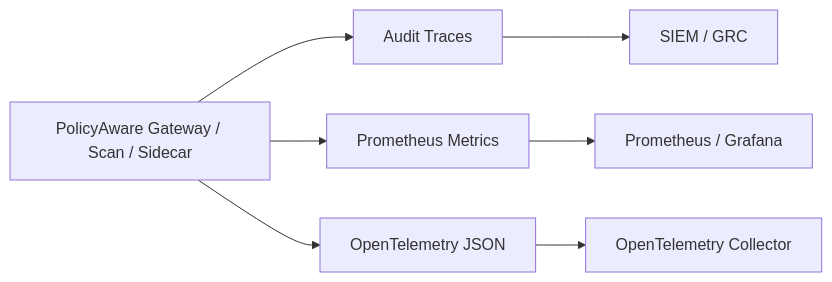
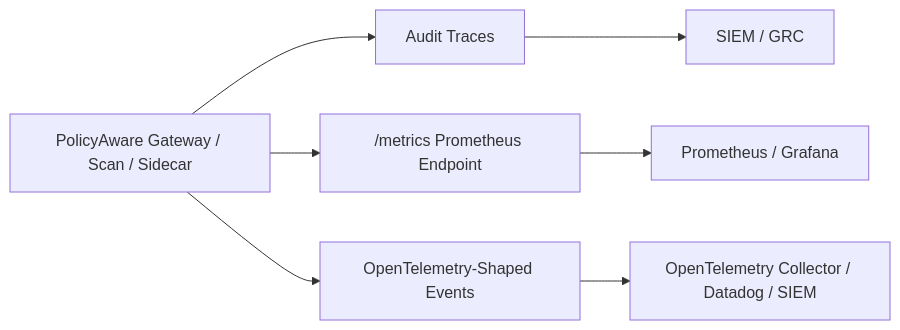
One commit to ktirupati/policyaware changed the diagram in docs/observability-templates.md. Above: the diagram before and after it, drawn with Mermaid. The commit also changed other lines of this file and 39 other files, not shown here.

````diff
--- a/docs/observability-templates.md
+++ b/docs/observability-templates.md
@@ -24,9 +101,9 @@
 ```mermaid
 flowchart LR
     A["PolicyAware Gateway / Scan / Sidecar"] --> B["Audit Traces"]
-    A --> C["Prometheus Metrics"]
-    A --> D["OpenTelemetry JSON"]
+    A --> C["/metrics Prometheus Endpoint"]
+    A --> D["OpenTelemetry-Shaped Events"]
     B --> E["SIEM / GRC"]
     C --> F["Prometheus / Grafana"]
-    D --> G["OpenTelemetry Collector"]
+    D --> G["OpenTelemetry Collector / Datadog / SIEM"]
 ```
````
